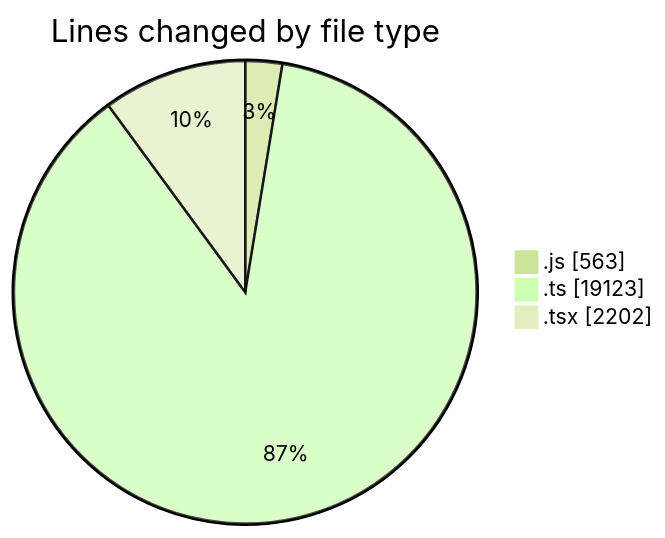
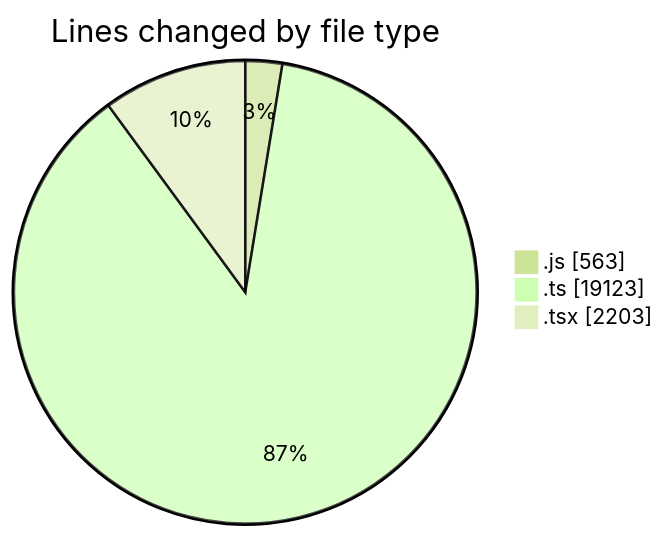
The first of 2 diagrams in 2025-11-14/cda/README.md (momahboobian/code-tracking), drawn with Mermaid (forest theme) before and after one commit. The commit also changed other lines of this file and 1 other file, not shown here.

````diff
--- a/2025-11-14/cda/README.md
+++ b/2025-11-14/cda/README.md
@@ -40,7 +40,7 @@
 ```mermaid
 pie showData
 title Lines changed by file type
 ".js" : 563
 ".ts" : 19123
-".tsx" : 2202
+".tsx" : 2203
 ```
````
